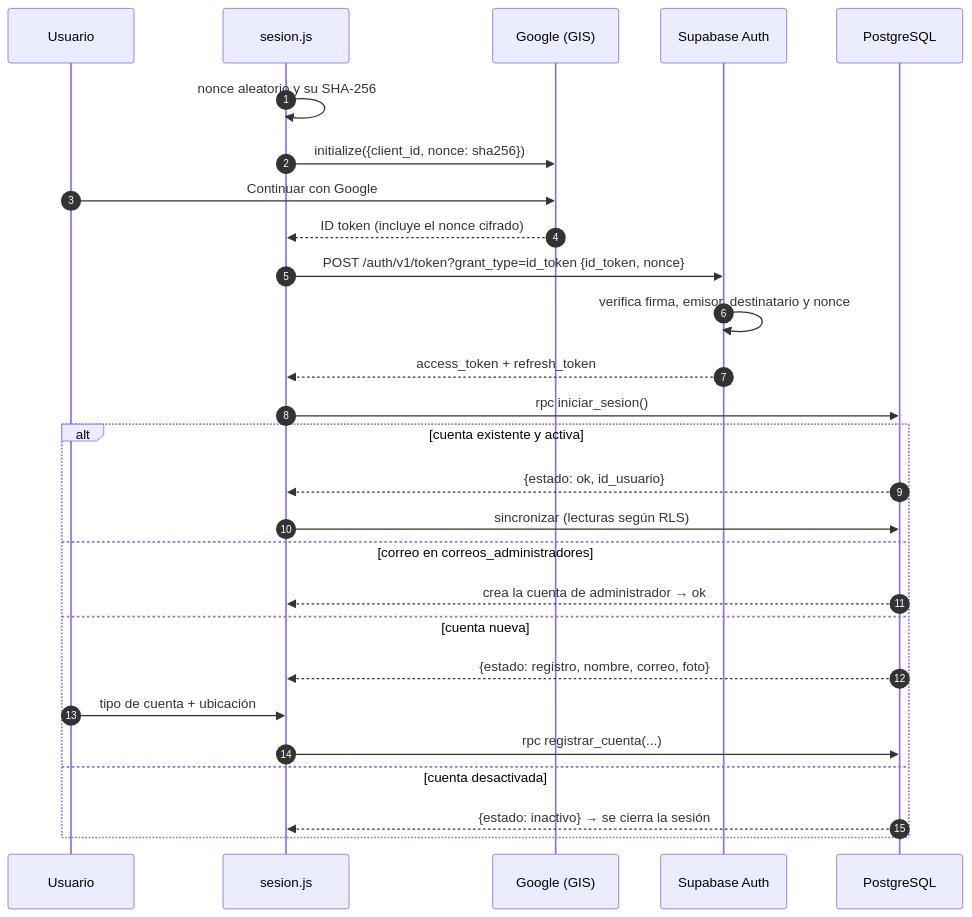
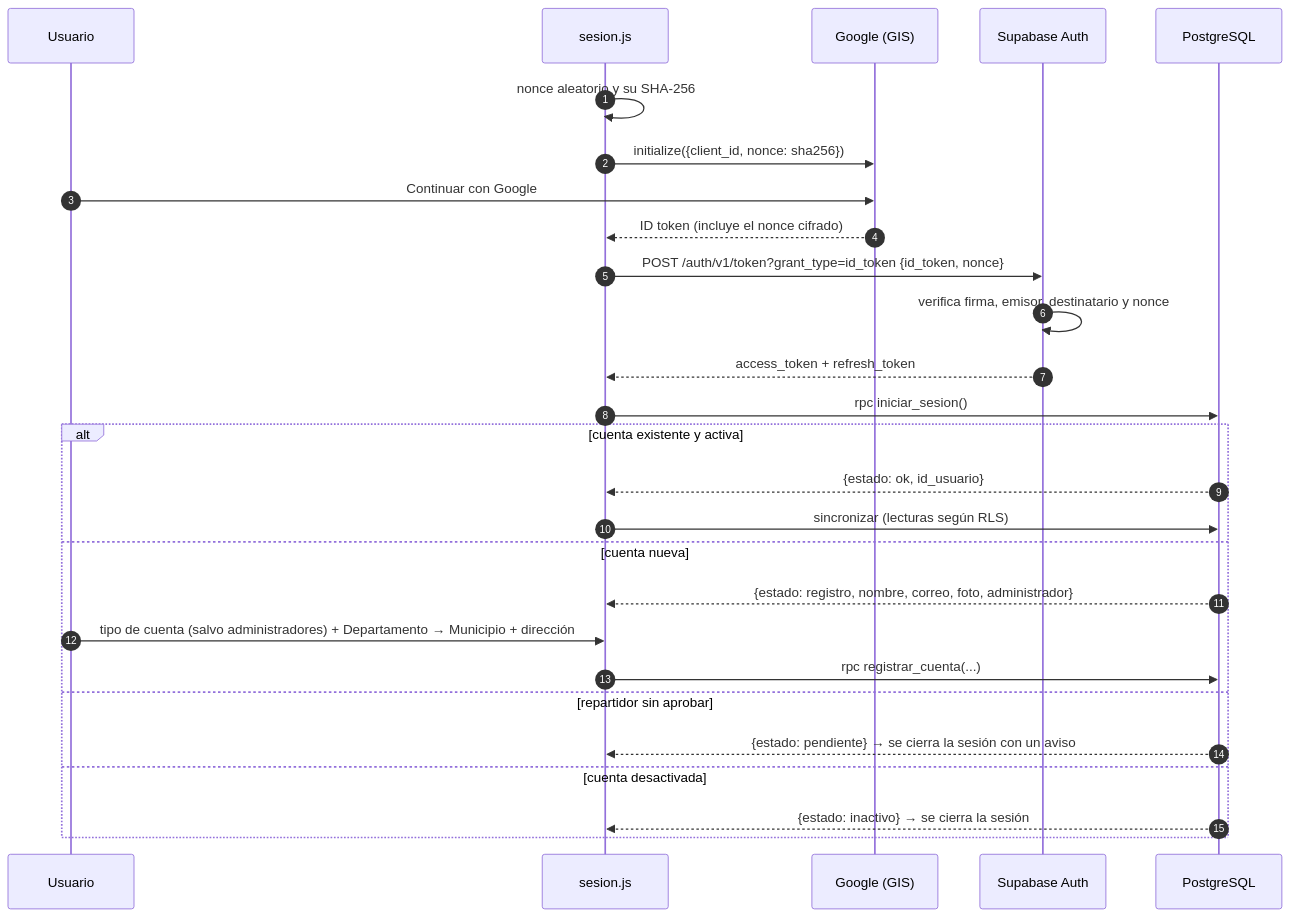
One commit to Ryuuga-CODE/EcoGestion changed the third of 4 diagrams in docs/GUIA_DESARROLLADOR.md. Above: the diagram before and after it, drawn with Mermaid. The commit also changed other lines of this file and 60 other files, not shown here.

````diff
--- a/docs/GUIA_DESARROLLADOR.md
+++ b/docs/GUIA_DESARROLLADOR.md
@@ -98,29 +115,29 @@
 ```mermaid
 sequenceDiagram
     autonumber
     participant U as Usuario
     participant S as sesion.js
     participant G as Google (GIS)
     participant A as Supabase Auth
     participant P as PostgreSQL
     S->>S: nonce aleatorio y su SHA-256
     S->>G: initialize({client_id, nonce: sha256})
     U->>G: Continuar con Google
     G-->>S: ID token (incluye el nonce cifrado)
     S->>A: POST /auth/v1/token?grant_type=id_token {id_token, nonce}
     A->>A: verifica firma, emisor, destinatario y nonce
     A-->>S: access_token + refresh_token
     S->>P: rpc iniciar_sesion()
     alt cuenta existente y activa
         P-->>S: {estado: ok, id_usuario}
         S->>P: sincronizar (lecturas según RLS)
-    else correo en correos_administradores
-        P-->>S: crea la cuenta de administrador → ok
     else cuenta nueva
-        P-->>S: {estado: registro, nombre, correo, foto}
-        U->>S: tipo de cuenta + ubicación
+        P-->>S: {estado: registro, nombre, correo, foto, administrador}
+        U->>S: tipo de cuenta (salvo administradores) + Departamento → Municipio + dirección
         S->>P: rpc registrar_cuenta(...)
+    else repartidor sin aprobar
+        P-->>S: {estado: pendiente} → se cierra la sesión con un aviso
     else cuenta desactivada
         P-->>S: {estado: inactivo} → se cierra la sesión
     end
 ```
````
